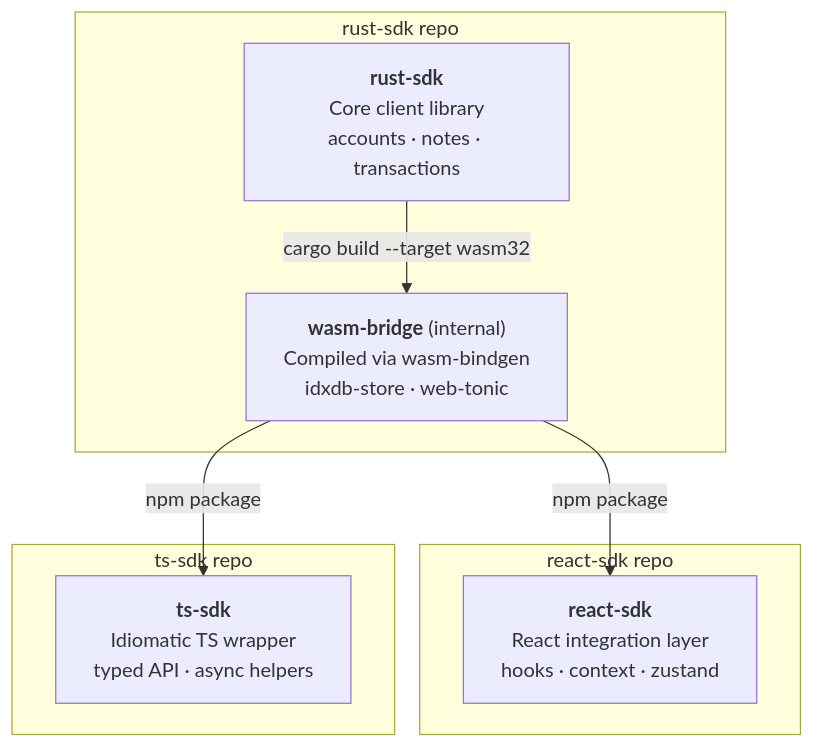
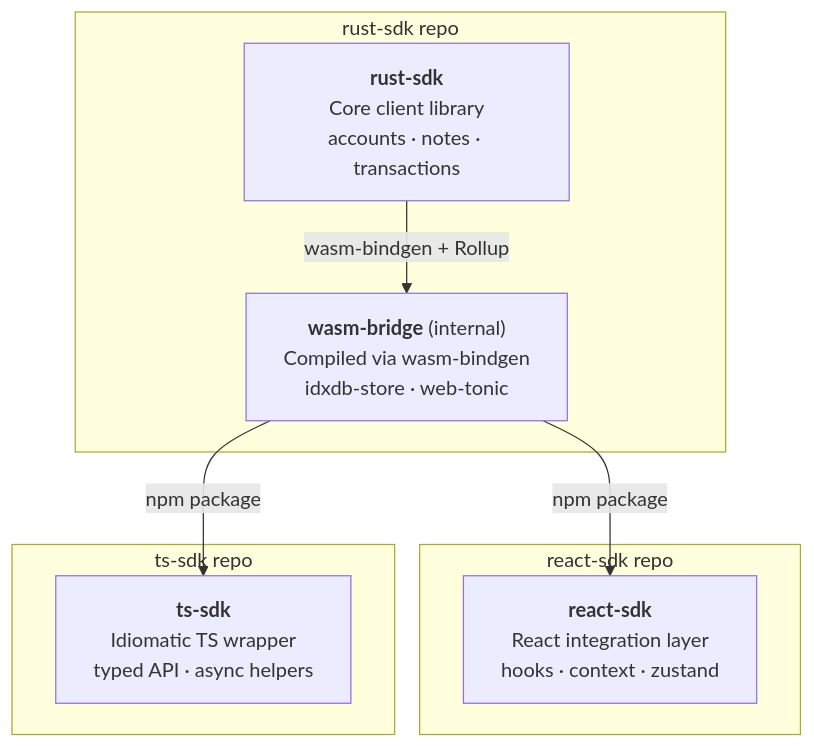
Before and after one commit to 0xMiden/miden-client: the diagram in README.md, drawn with Mermaid.

Commit message:
docs: fix misleading build label in architecture diagram

````diff
--- a/README.md
+++ b/README.md
@@ -19,19 +19,19 @@
 ```mermaid
 graph TB
     subgraph rust-sdk-repo["rust-sdk repo"]
         rust-sdk["<b>rust-sdk</b><br/>Core client library<br/>accounts · notes · transactions"]
         wasm-bridge["<b>wasm-bridge</b> (internal)<br/>Compiled via wasm-bindgen<br/>idxdb-store · web-tonic"]
-        rust-sdk -- "cargo build --target wasm32" --> wasm-bridge
+        rust-sdk -- "wasm-bindgen + Rollup" --> wasm-bridge
     end
 
     subgraph react-sdk-repo["react-sdk repo"]
         react-sdk["<b>react-sdk</b><br/>React integration layer<br/>hooks · context · zustand"]
     end
 
     subgraph ts-sdk-repo["ts-sdk repo"]
         ts-sdk["<b>ts-sdk</b><br/>Idiomatic TS wrapper<br/>typed API · async helpers"]
     end
 
     wasm-bridge -- "npm package" --> react-sdk
     wasm-bridge -- "npm package" --> ts-sdk
 ```
````
